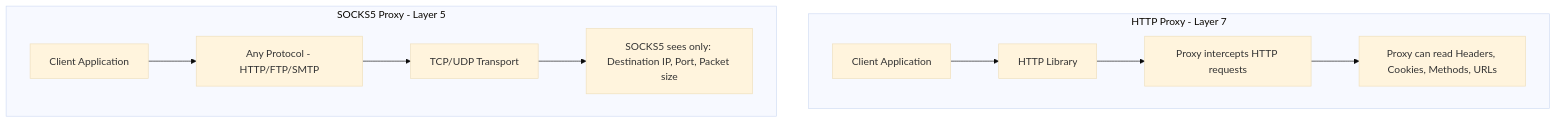
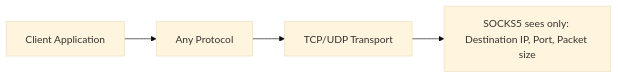
Before and after one commit to yie1d/pydoll: the fourth of 8 diagrams in docs/en/deep-dive/network/socks-proxies.md, drawn with Mermaid (base theme). The commit also changed other lines of this file and 159 other files, not shown here.

````diff
--- a/docs/en/deep-dive/network/socks-proxies.md
+++ b/docs/en/deep-dive/network/socks-proxies.md
@@ -326,20 +338,6 @@
 ```mermaid
-graph TD
-    subgraph HTTP_Proxy[HTTP Proxy - Layer 7]
-        A1[Client Application]
-        A2[HTTP Library]
-        A3[Proxy intercepts HTTP requests]
-        A4[Proxy can read Headers, Cookies, Methods, URLs]
-        
-        A1 --> A2 --> A3 --> A4
-    end
-    
-    subgraph SOCKS5_Proxy[SOCKS5 Proxy - Layer 5]
-        B1[Client Application]
-        B2[Any Protocol - HTTP/FTP/SMTP]
-        B3[TCP/UDP Transport]
-        B4[SOCKS5 sees only: Destination IP, Port, Packet size]
-        
-        B1 --> B2 --> B3 --> B4
-    end
+graph LR
+    B1[Client Application] --> B2[Any Protocol]
+    B2 --> B3[TCP/UDP Transport]
+    B3 --> B4[SOCKS5 sees only: Destination IP, Port, Packet size]
 ```
````
